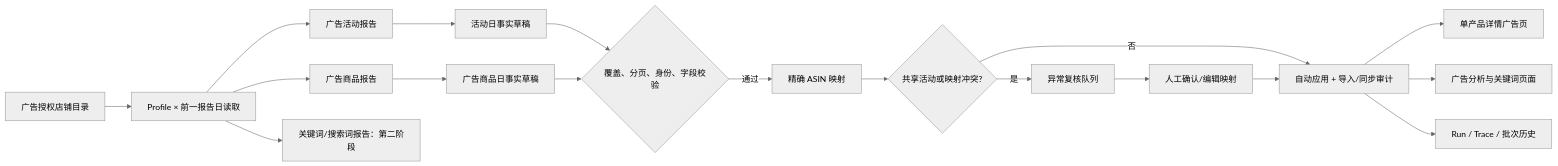
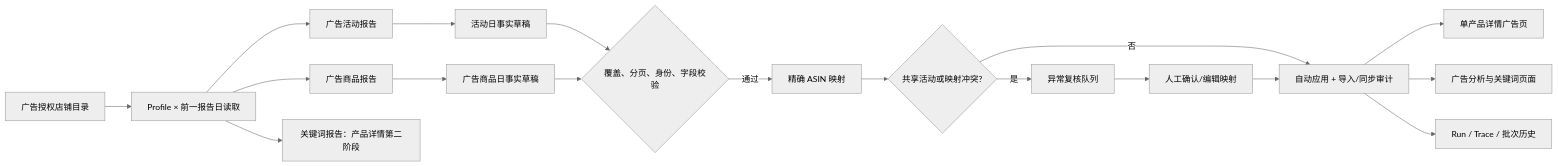
Before and after one commit to gaozhenshao-hub/amazon-listing-tool: the diagram in docs/architecture/product-detail-ad-mcp-auto-import-plan-2026-09-09.md, drawn with Mermaid (neutral theme). The commit also changed other lines of this file and 3 other files, not shown here.

````diff
--- a/docs/architecture/product-detail-ad-mcp-auto-import-plan-2026-09-09.md
+++ b/docs/architecture/product-detail-ad-mcp-auto-import-plan-2026-09-09.md
@@ -79,20 +80,20 @@
 ```mermaid
 flowchart LR
   A[广告授权店铺目录] --> B[Profile × 前一报告日读取]
   B --> C[广告活动报告]
   B --> D[广告商品报告]
-  B --> E[关键词/搜索词报告：第二阶段]
+  B --> E[关键词报告：产品详情第二阶段]
   C --> F[活动日事实草稿]
   D --> G[广告商品日事实草稿]
   F --> H{覆盖、分页、身份、字段校验}
   G --> H
   H -->|通过| I[精确 ASIN 映射]
   I --> J{共享活动或映射冲突?}
   J -->|否| K[自动应用 + 导入/同步审计]
   J -->|是| L[异常复核队列]
   L --> M[人工确认/编辑映射]
   M --> K
   K --> N[单产品详情广告页]
   K --> O[广告分析与关键词页面]
   K --> P[Run / Trace / 批次历史]
 ```
````
